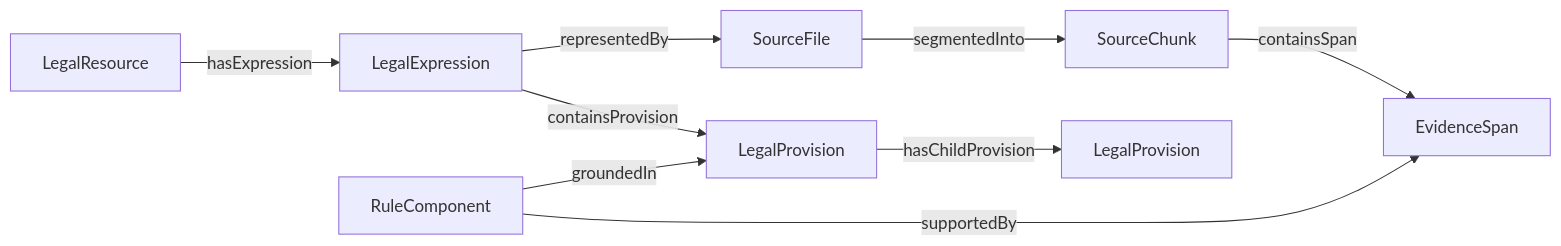
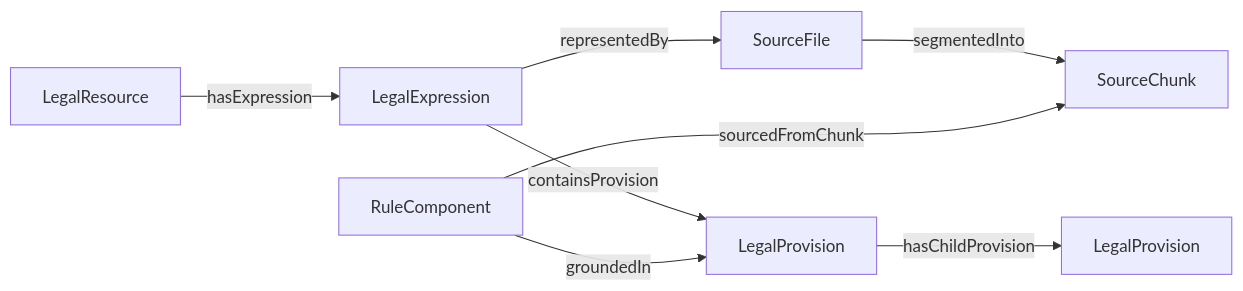
The second of 6 diagrams in docs/ontology_construction_plan.md (vdat-18/legal-ontology-rag), drawn with Mermaid before and after one commit. The commit also changed other lines of this file and 123 other files, not shown here.

````diff
--- a/docs/ontology_construction_plan.md
+++ b/docs/ontology_construction_plan.md
@@ -813,11 +807,10 @@
 ```mermaid
 flowchart LR
     W["LegalResource"] -->|hasExpression| E["LegalExpression"]
     E -->|representedBy| F["SourceFile"]
     E -->|containsProvision| P["LegalProvision"]
     P -->|hasChildProvision| CP["LegalProvision"]
     F -->|segmentedInto| C["SourceChunk"]
-    C -->|containsSpan| S["EvidenceSpan"]
     RC["RuleComponent"] -->|groundedIn| P
-    RC -->|supportedBy| S
+    RC -->|sourcedFromChunk| C
 ```
````
